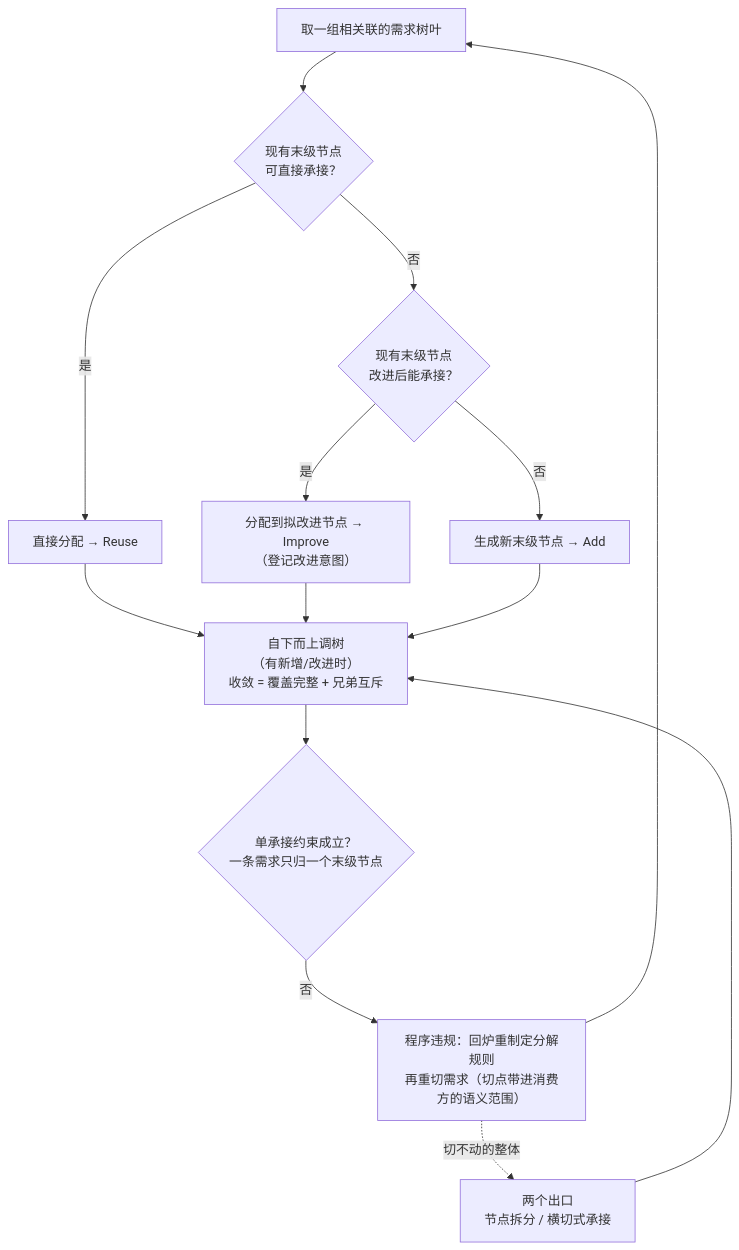
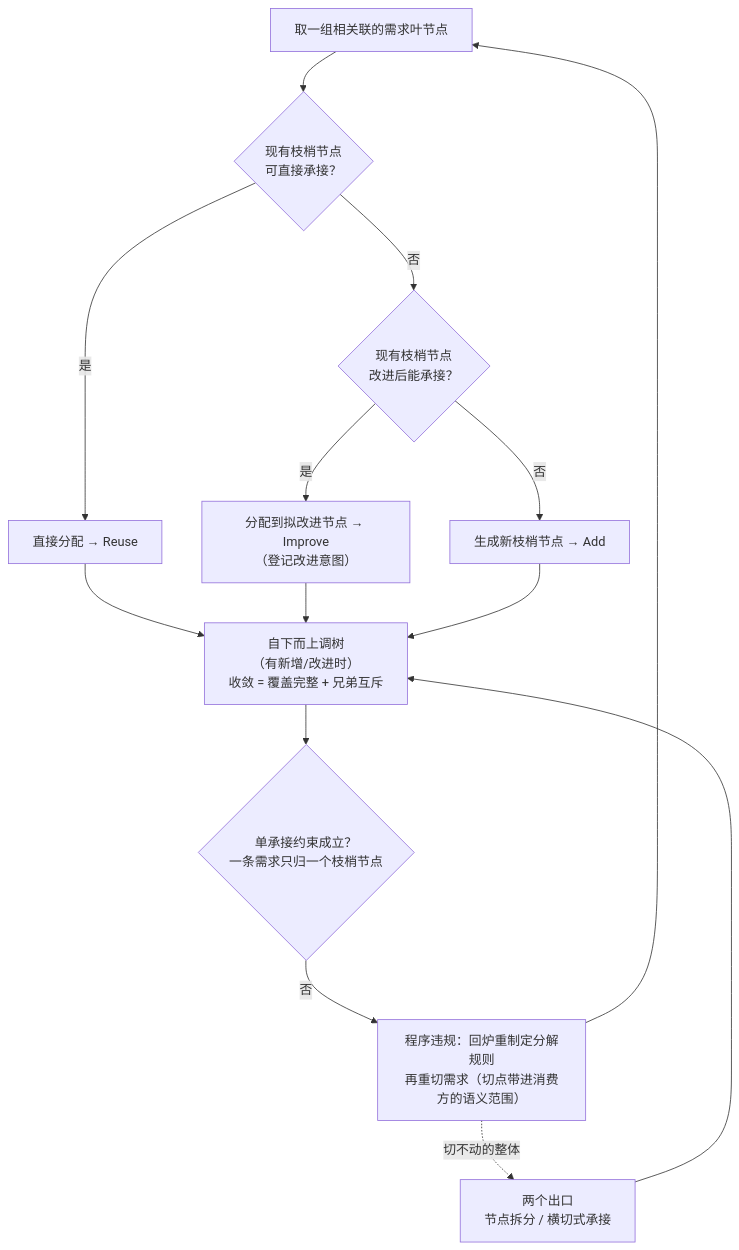
The third of 4 diagrams in 50-research/00-系统工程相关研究报告/20-设计与开发落地方法研究报告—需求与方案结对开发.md (Yongjunzhou/AOS-system-design), drawn with Mermaid before and after one commit. The commit also changed other lines of this file, not shown here.

````diff
--- a/50-research/00-系统工程相关研究报告/20-设计与开发落地方法研究报告—需求与方案结对开发.md
+++ b/50-research/00-系统工程相关研究报告/20-设计与开发落地方法研究报告—需求与方案结对开发.md
@@ -226,16 +226,16 @@
 ```mermaid
 flowchart TD
-    A["取一组相关联的需求树叶"] --> B{"现有末级节点<br/>可直接承接？"}
+    A["取一组相关联的需求叶节点"] --> B{"现有枝梢节点<br/>可直接承接？"}
     B -- 是 --> C["直接分配 → Reuse"]
-    B -- 否 --> D{"现有末级节点<br/>改进后能承接？"}
+    B -- 否 --> D{"现有枝梢节点<br/>改进后能承接？"}
     D -- 是 --> E["分配到拟改进节点 → Improve<br/>（登记改进意图）"]
-    D -- 否 --> F["生成新末级节点 → Add"]
+    D -- 否 --> F["生成新枝梢节点 → Add"]
     C --> G["自下而上调树<br/>（有新增/改进时）<br/>收敛 = 覆盖完整 + 兄弟互斥"]
     E --> G
     F --> G
-    G --> H{"单承接约束成立？<br/>一条需求只归一个末级节点"}
+    G --> H{"单承接约束成立？<br/>一条需求只归一个枝梢节点"}
     H -- 否 --> I["程序违规：回炉重制定分解规则<br/>再重切需求（切点带进消费方的语义范围）"]
     I --> A
     I -.->|"切不动的整体"| K["两个出口<br/>节点拆分 / 横切式承接"]
     K --> G
 ```
````
